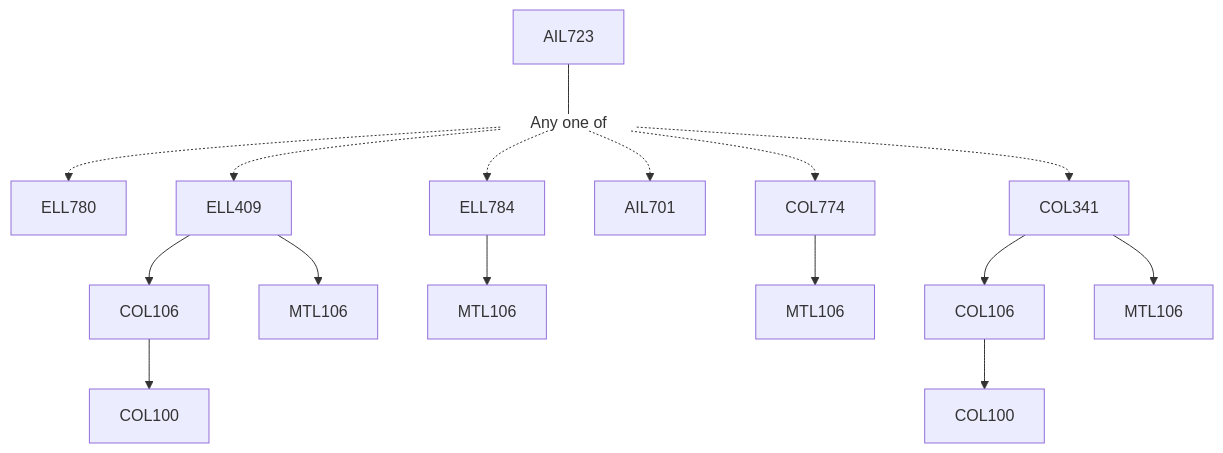
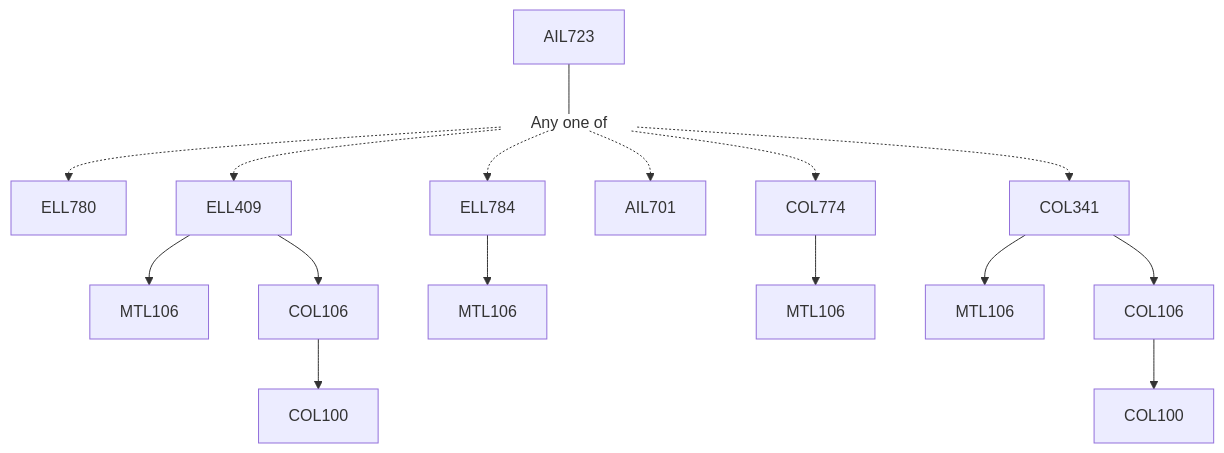
The diagram in content/School of Artificial Intelligence/AIL723.md (KeshavBansal0122/CoS_Website), drawn with Mermaid before and after one commit. The commit also changed other lines of this file and 392 other files, not shown here.

````diff
--- a/content/School of Artificial Intelligence/AIL723.md
+++ b/content/School of Artificial Intelligence/AIL723.md
@@ -13,22 +13,22 @@
 ```mermaid
 flowchart TD
 AIL723-883[AIL723]
 AIL723-883 --- Or884[Any one of]:::empty
 Or884 -.-> ELL780-885[ELL780]
+ELL409-886 --> MTL106-886[MTL106]
 Or884 -.-> ELL409-886[ELL409]
+COL106-886 --> COL100-886[COL100]
 ELL409-886 --> COL106-886[COL106]
-ELL409-886 --> MTL106-886[MTL106]
-COL106-886 --> COL100-886[COL100]
 ELL784-887 --> MTL106-887[MTL106]
 Or884 -.-> ELL784-887[ELL784]
 Or884 -.-> AIL701-888[AIL701]
+COL774-889 --> MTL106-889[MTL106]
 Or884 -.-> COL774-889[COL774]
-COL774-889 --> MTL106-889[MTL106]
-COL106-890 --> COL100-890[COL100]
+COL341-890 --> MTL106-890[MTL106]
 COL341-890 --> COL106-890[COL106]
 Or884 -.-> COL341-890[COL341]
-COL341-890 --> MTL106-890[MTL106]
+COL106-890 --> COL100-890[COL100]
 
 classDef empty height:17px, fill:transparent, stroke:transparent;
 classDef trueEmpty height:0px, width:0px;
 ```
````
